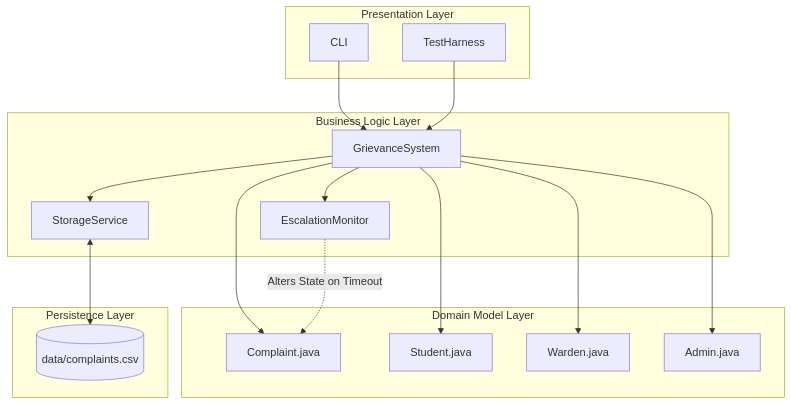
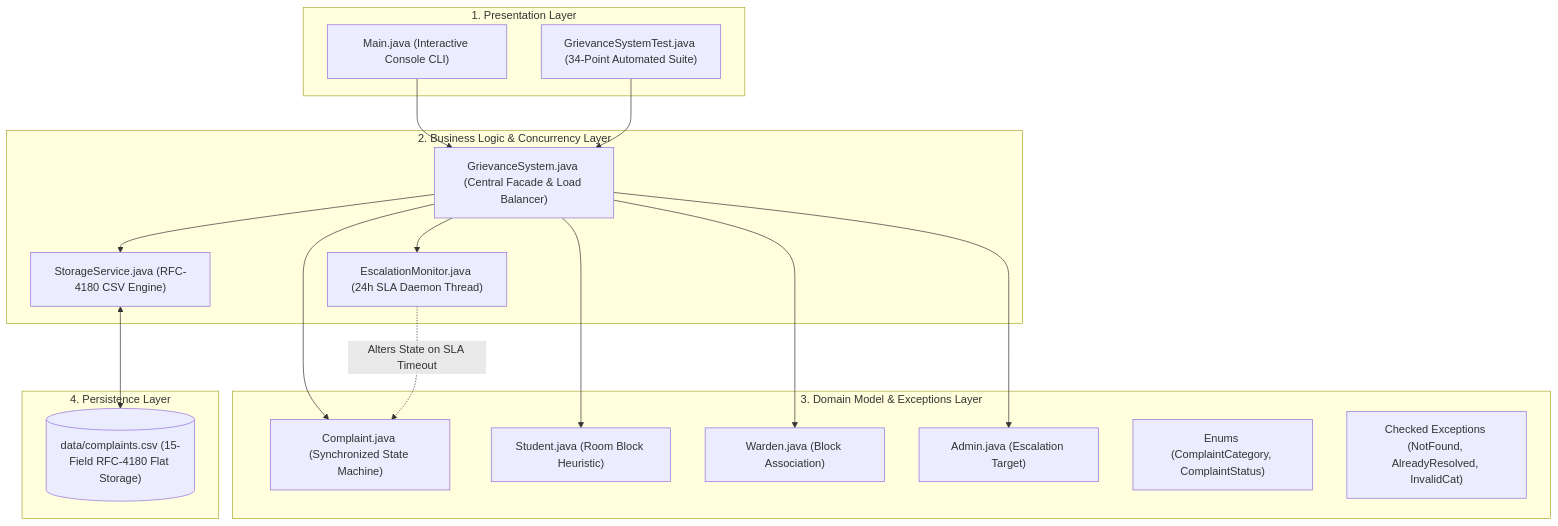
One commit to Ujjaval-gupta-10/GrievanceSystem_ changed the first of 6 diagrams in PROJECT_REPORT.md. Above: the diagram before and after it, drawn with Mermaid. The commit also changed other lines of this file, not shown here.

````diff
--- a/PROJECT_REPORT.md
+++ b/PROJECT_REPORT.md
@@ -214,37 +265,37 @@
 ```mermaid
 graph TD
-subgraph Presentation Layer
+    subgraph "1. Presentation Layer"
+        CLI["Main.java (Interactive Console CLI)"]
+        TestHarness["GrievanceSystemTest.java (34-Point Automated Suite)"]
+    end
 
-CLI[CLI]
-TestHarness[TestHarness]
+    subgraph "2. Business Logic & Concurrency Layer"
+        GS["GrievanceSystem.java (Central Facade & Load Balancer)"]
+        EM["EscalationMonitor.java (24h SLA Daemon Thread)"]
+        SS["StorageService.java (RFC-4180 CSV Engine)"]
+    end
 
-end
-subgraph Business Logic Layer
+    subgraph "3. Domain Model & Exceptions Layer"
+        C["Complaint.java (Synchronized State Machine)"]
+        S["Student.java (Room Block Heuristic)"]
+        W["Warden.java (Block Association)"]
+        A["Admin.java (Escalation Target)"]
+        Enums["Enums (ComplaintCategory, ComplaintStatus)"]
+        Ex["Checked Exceptions (NotFound, AlreadyResolved, InvalidCat)"]
+    end
 
-GS[GrievanceSystem]
-EM[EscalationMonitor]
-SS[StorageService]
+    subgraph "4. Persistence Layer"
+        CSV[("data/complaints.csv (15-Field RFC-4180 Flat Storage)")]
+    end
 
-end
-subgraph Domain Model Layer
-
-C[Complaint.java]
-S[Student.java]
-W[Warden.java]
-
-A[Admin.java]
-end
-subgraph Persistence Layer
-CSVFile[("data/complaints.csv")]
-end
-CLI --> GS
-TestHarness --> GS
-GS --> C
-GS --> S
-GS --> W
-GS --> A
-GS --> EM
-GS --> SS
-EM -. Alters State on Timeout .-> C
-SS <--> CSVFile
+    CLI --> GS
+    TestHarness --> GS
+    GS --> C
+    GS --> S
+    GS --> W
+    GS --> A
+    GS --> EM
+    GS --> SS
+    EM -. Alters State on SLA Timeout .-> C
+    SS <--> CSV
 ```
````
